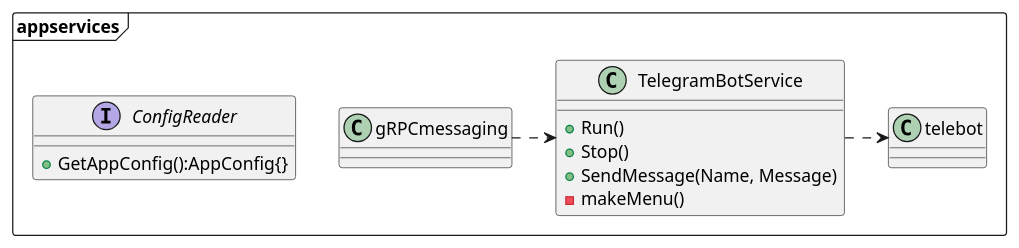
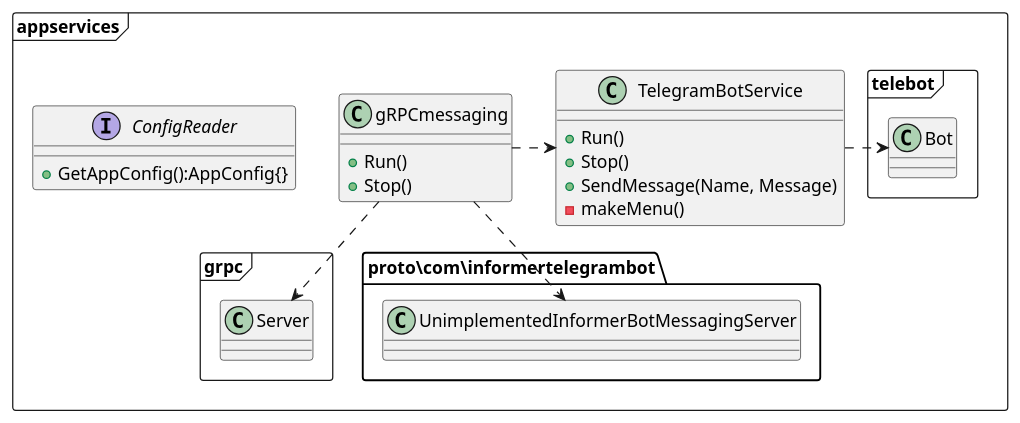
The diagram in docs/uml/classes/app_services.puml (azhizhkin/InformerTelegramBot), drawn with PlantUML before and after one commit. The commit also changed 3 other files, not shown here.

```diff
--- a/docs/uml/classes/app_services.puml
+++ b/docs/uml/classes/app_services.puml
@@ -1,17 +1,35 @@
 @startuml app_services
 package appservices <<Frame>> {
     interface ConfigReader{
         + GetAppConfig():AppConfig{}
     }
-    class gRPCmessaging
+    class gRPCmessaging{
+        + Run()
+        + Stop()
+    }
     class TelegramBotService{
         + Run()
         + Stop()
         + SendMessage(Name, Message)
         - makeMenu()
     }
-    class telebot 
+    
+    package telebot <<Frame>>{
+        class Bot 
+    }
+
+    package grpc <<Frame>>{
+        class Server
+    }
+
+    package proto\com\informertelegrambot{
+        class UnimplementedInformerBotMessagingServer
+    }
+    
     gRPCmessaging .> TelegramBotService
-    TelegramBotService .> telebot
+    gRPCmessaging ..> Server
+    gRPCmessaging ..> UnimplementedInformerBotMessagingServer
+    TelegramBotService .> Bot
+        
 }
 @enduml
```
